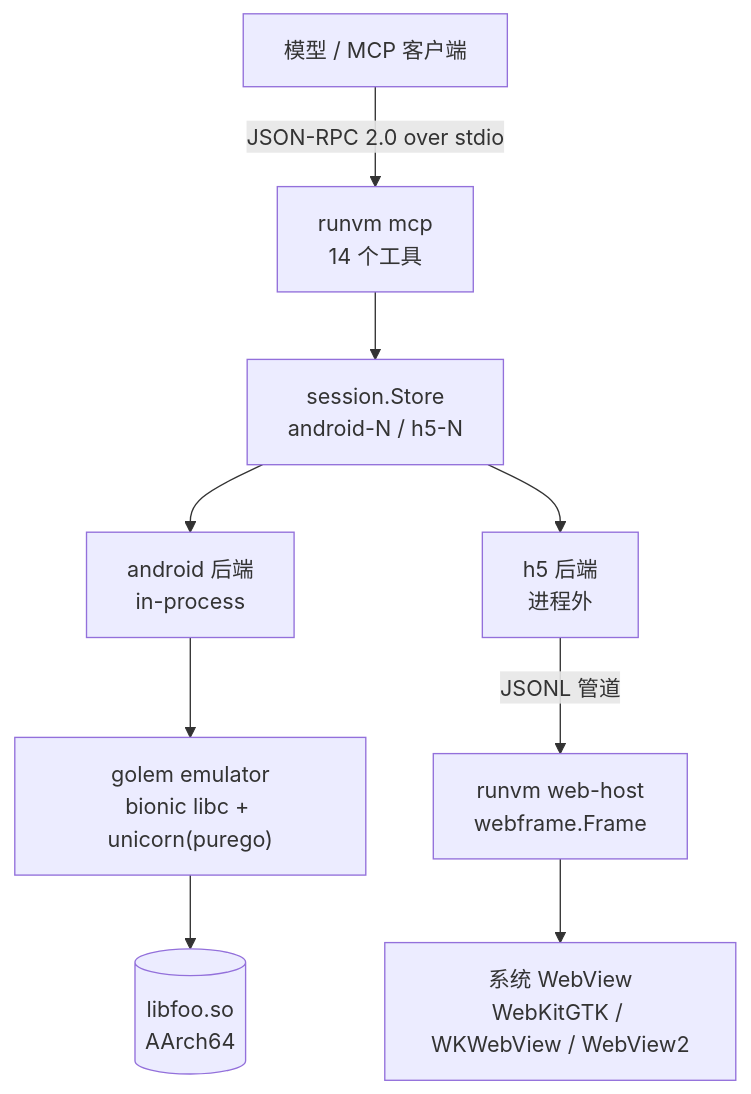
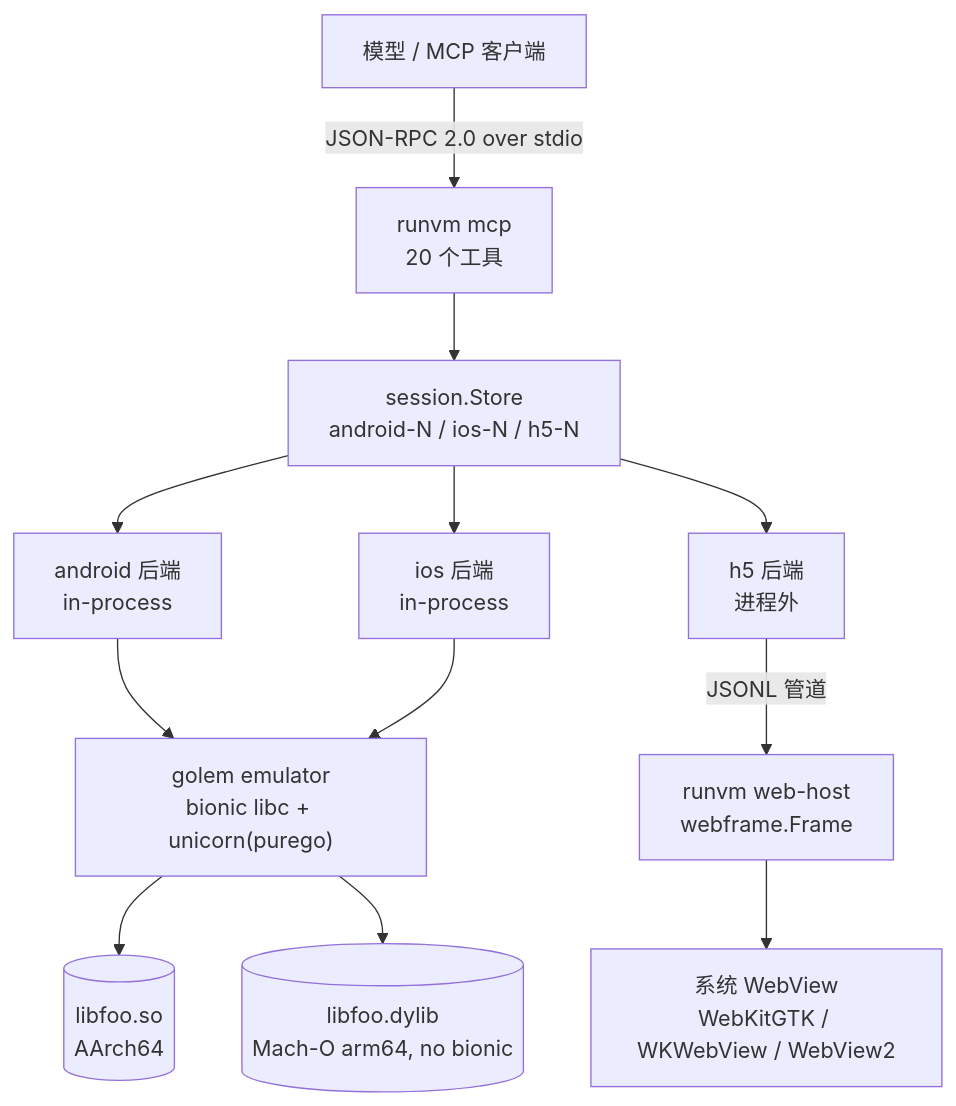
Before and after one commit to dolfly/runvm: the diagram in README.md, drawn with Mermaid. The commit also changed other lines of this file and 18 other files, not shown here.

First line of the commit message:
ios: route Mach-O input to the Darwin personality

````diff
--- a/README.md
+++ b/README.md
@@ -20,11 +20,14 @@
 ```mermaid
 flowchart TB
-  M["模型 / MCP 客户端"] -->|"JSON-RPC 2.0 over stdio"| S["runvm mcp<br/>14 个工具"]
-  S --> REG["session.Store<br/>android-N / h5-N"]
+  M["模型 / MCP 客户端"] -->|"JSON-RPC 2.0 over stdio"| S["runvm mcp<br/>20 个工具"]
+  S --> REG["session.Store<br/>android-N / ios-N / h5-N"]
   REG --> A["android 后端<br/>in-process"]
+  REG --> I["ios 后端<br/>in-process"]
   REG --> H["h5 后端<br/>进程外"]
   A --> G["golem emulator<br/>bionic libc + unicorn(purego)"]
   G --> SO[("libfoo.so<br/>AArch64")]
+  I --> G
+  G --> DY[("libfoo.dylib<br/>Mach-O arm64, no bionic")]
   H -->|"JSONL 管道"| W["runvm web-host<br/>webframe.Frame"]
   W --> K["系统 WebView<br/>WebKitGTK / WKWebView / WebView2"]
 ```
````
